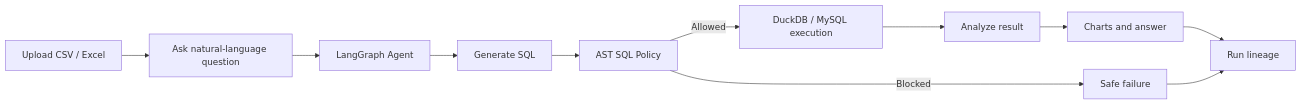
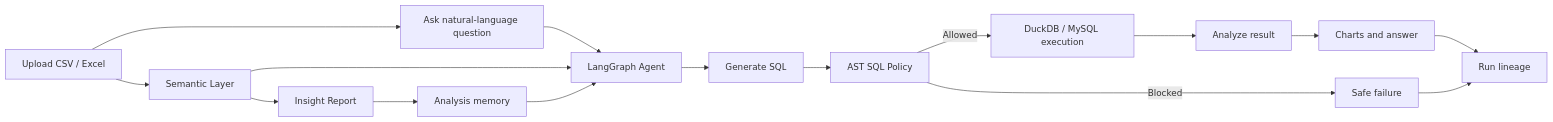
One commit to stephenbanana77/Nexa changed the diagram in README.md. Above: the diagram before and after it, drawn with Mermaid. The commit also changed other lines of this file and 17 other files, not shown here.

Commit message:
add semantic reports and analysis memory

````diff
--- a/README.md
+++ b/README.md
@@ -41,13 +43,18 @@
 ```mermaid
 flowchart LR
   A["Upload CSV / Excel"] --> B["Ask natural-language question"]
+  A --> S["Semantic Layer"]
+  S --> R["Insight Report"]
   B --> C["LangGraph Agent"]
+  S --> C
+  R --> M["Analysis memory"]
+  M --> C
   C --> D["Generate SQL"]
   D --> E["AST SQL Policy"]
   E -->|Allowed| F["DuckDB / MySQL execution"]
   E -->|Blocked| G["Safe failure"]
   F --> H["Analyze result"]
   H --> I["Charts and answer"]
   I --> J["Run lineage"]
   G --> J
 ```
````
